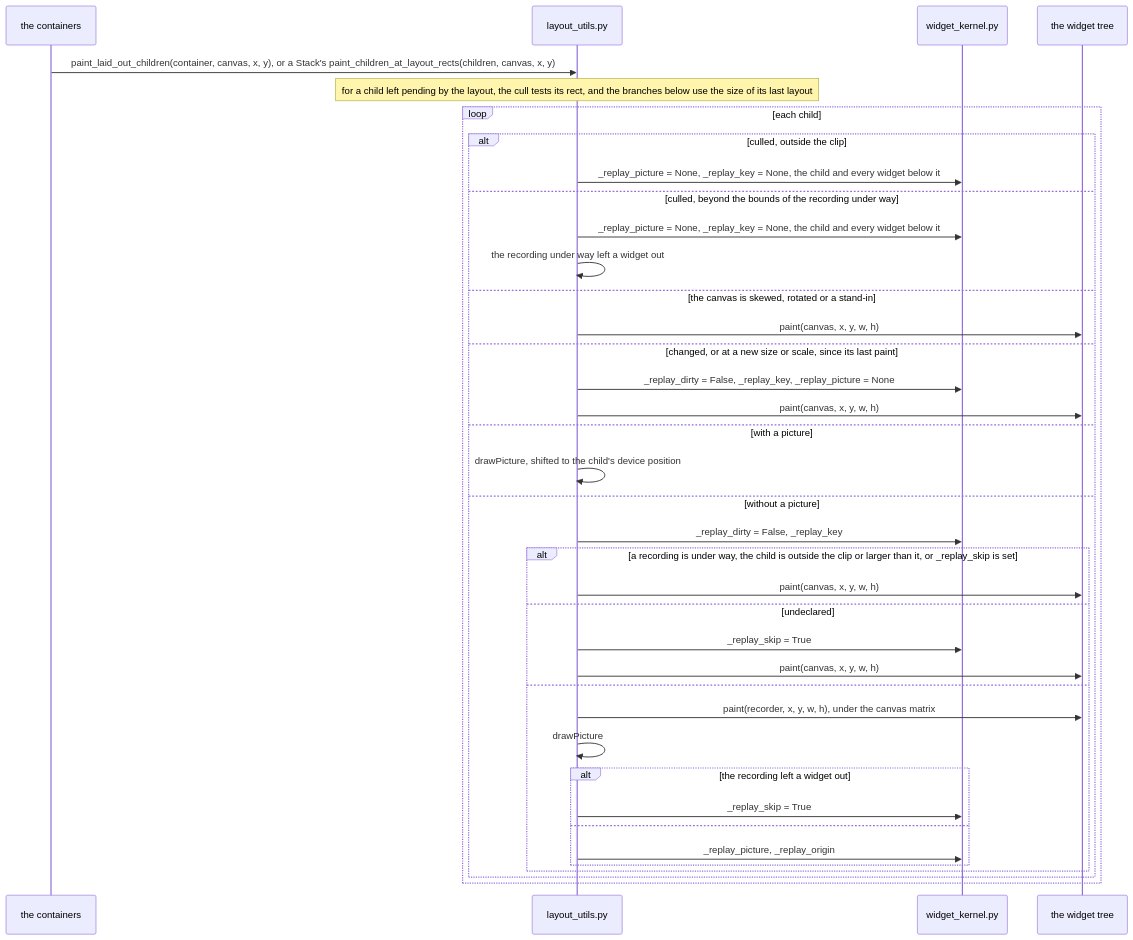
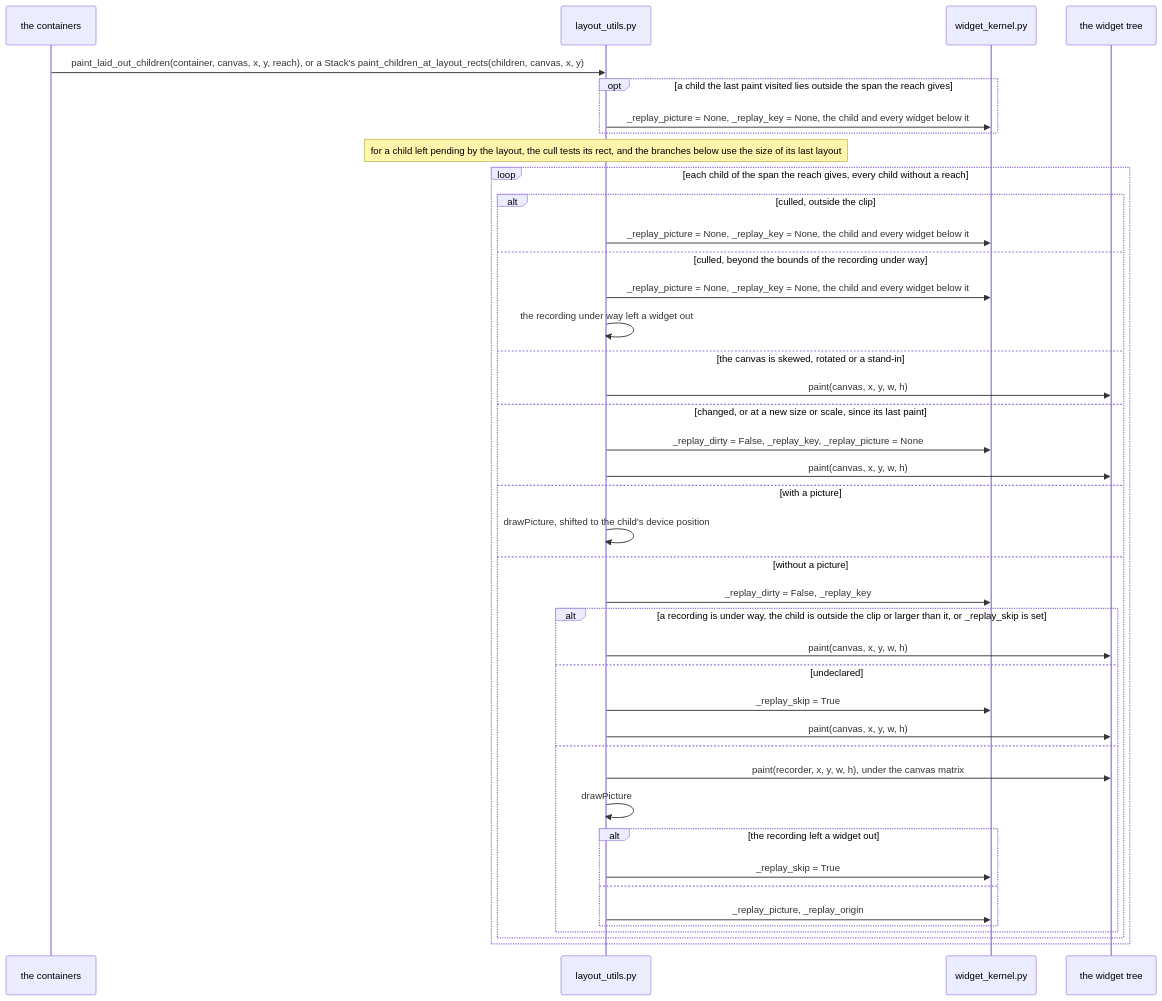
Before and after one commit to yuksblog/nuiitivet: the sixth of 6 diagrams in docs/design/PAINT_CACHE.md, drawn with Mermaid. The commit also changed other lines of this file and 14 other files, not shown here.

First line of the commit message:
perf(layout): paint only the children of scroll content that the clip reaches

````diff
--- a/docs/design/PAINT_CACHE.md
+++ b/docs/design/PAINT_CACHE.md
@@ -186,41 +186,44 @@
 ```mermaid
 sequenceDiagram
     participant C as the containers
     participant U as layout_utils.py
     participant K as widget_kernel.py
     participant T as the widget tree
 
-    C->>U: paint_laid_out_children(container, canvas, x, y), or a Stack's paint_children_at_layout_rects(children, canvas, x, y)
+    C->>U: paint_laid_out_children(container, canvas, x, y, reach), or a Stack's paint_children_at_layout_rects(children, canvas, x, y)
+    opt a child the last paint visited lies outside the span the reach gives
+        U->>K: _replay_picture = None, _replay_key = None, the child and every widget below it
+    end
     Note over U: for a child left pending by the layout, the cull tests its rect, and the branches below use the size of its last layout
-    loop each child
+    loop each child of the span the reach gives, every child without a reach
         alt culled, outside the clip
             U->>K: _replay_picture = None, _replay_key = None, the child and every widget below it
         else culled, beyond the bounds of the recording under way
             U->>K: _replay_picture = None, _replay_key = None, the child and every widget below it
             U->>U: the recording under way left a widget out
         else the canvas is skewed, rotated or a stand-in
             U->>T: paint(canvas, x, y, w, h)
         else changed, or at a new size or scale, since its last paint
             U->>K: _replay_dirty = False, _replay_key, _replay_picture = None
             U->>T: paint(canvas, x, y, w, h)
         else with a picture
             U->>U: drawPicture, shifted to the child's device position
         else without a picture
             U->>K: _replay_dirty = False, _replay_key
             alt a recording is under way, the child is outside the clip or larger than it, or _replay_skip is set
                 U->>T: paint(canvas, x, y, w, h)
             else undeclared
                 U->>K: _replay_skip = True
                 U->>T: paint(canvas, x, y, w, h)
             else
                 U->>T: paint(recorder, x, y, w, h), under the canvas matrix
                 U->>U: drawPicture
                 alt the recording left a widget out
                     U->>K: _replay_skip = True
                 else
                     U->>K: _replay_picture, _replay_origin
                 end
             end
         end
     end
 ```
````
